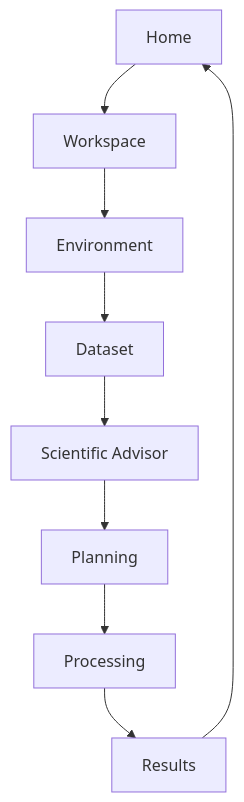
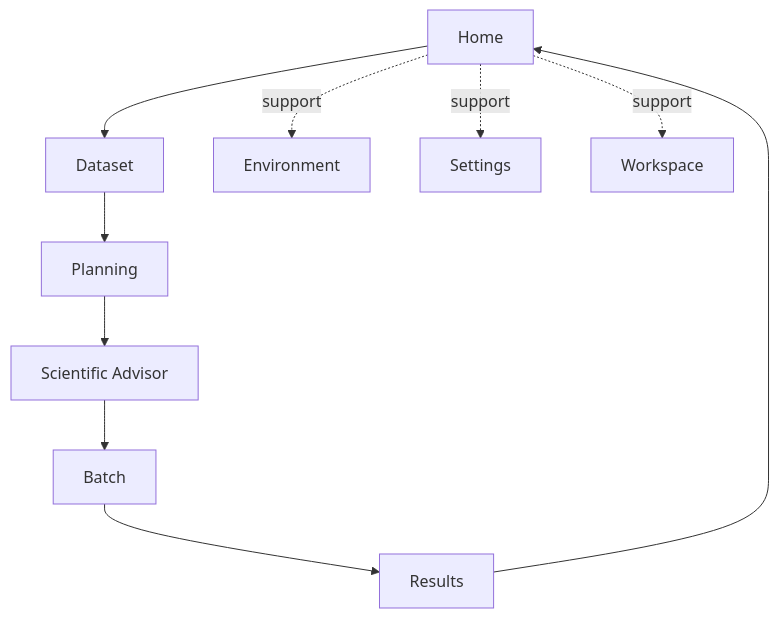
Before and after one commit to sticholas/pyforestscan-qgis: the diagram in docs/development/PYFORESTSCAN_DESIGN_SYSTEM.md, drawn with Mermaid. The commit also changed other lines of this file and 7 other files, not shown here.

````diff
--- a/docs/development/PYFORESTSCAN_DESIGN_SYSTEM.md
+++ b/docs/development/PYFORESTSCAN_DESIGN_SYSTEM.md
@@ -165,11 +165,12 @@
 ```mermaid
 flowchart TD
-    Home --> Workspace
-    Workspace --> Environment
-    Environment --> Dataset
-    Dataset --> Advisor["Scientific Advisor"]
-    Advisor --> Planning
-    Planning --> Processing
-    Processing --> Results
+    Home --> Dataset
+    Dataset --> Planning
+    Planning --> Advisor["Scientific Advisor"]
+    Advisor --> Batch
+    Batch --> Results
     Results --> Home
+    Home -. support .-> Environment
+    Home -. support .-> Settings
+    Home -. support .-> Workspace
 ```
````
